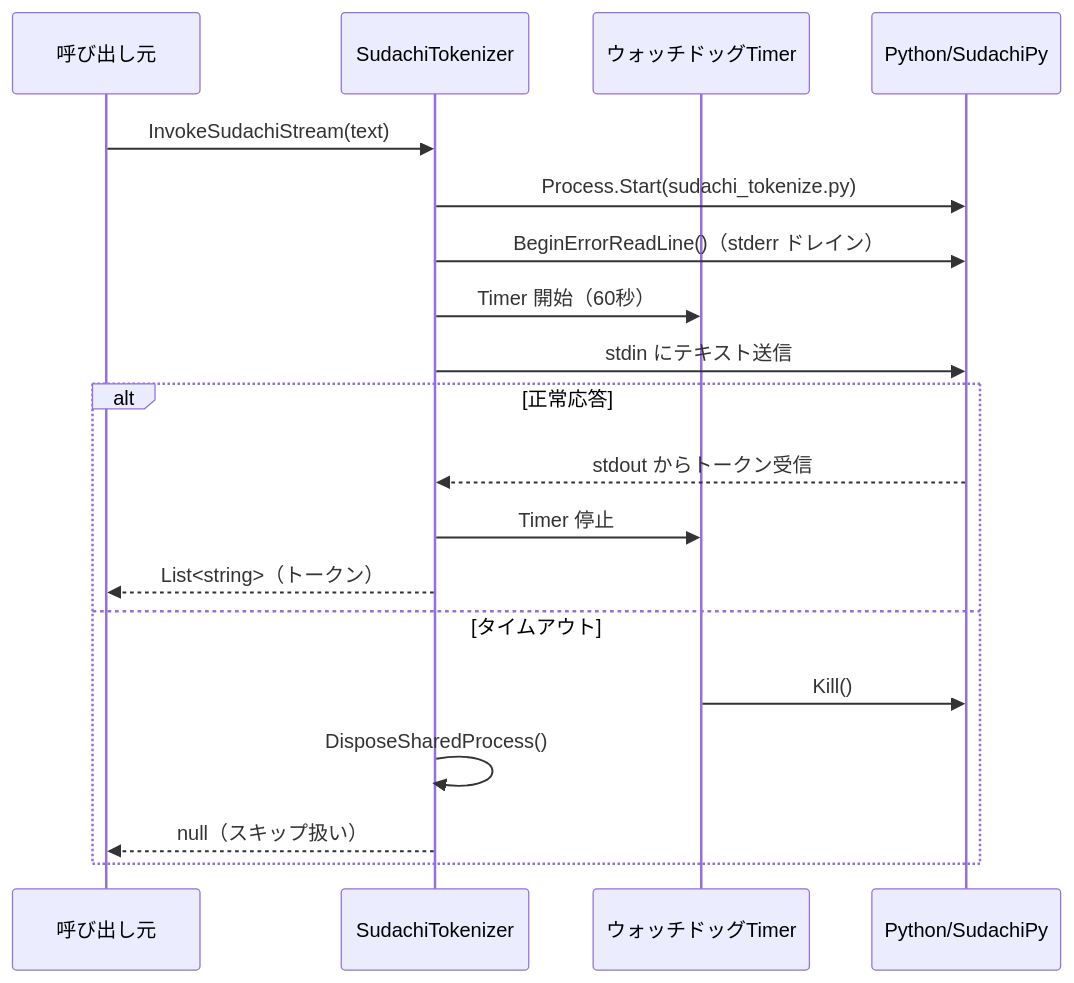
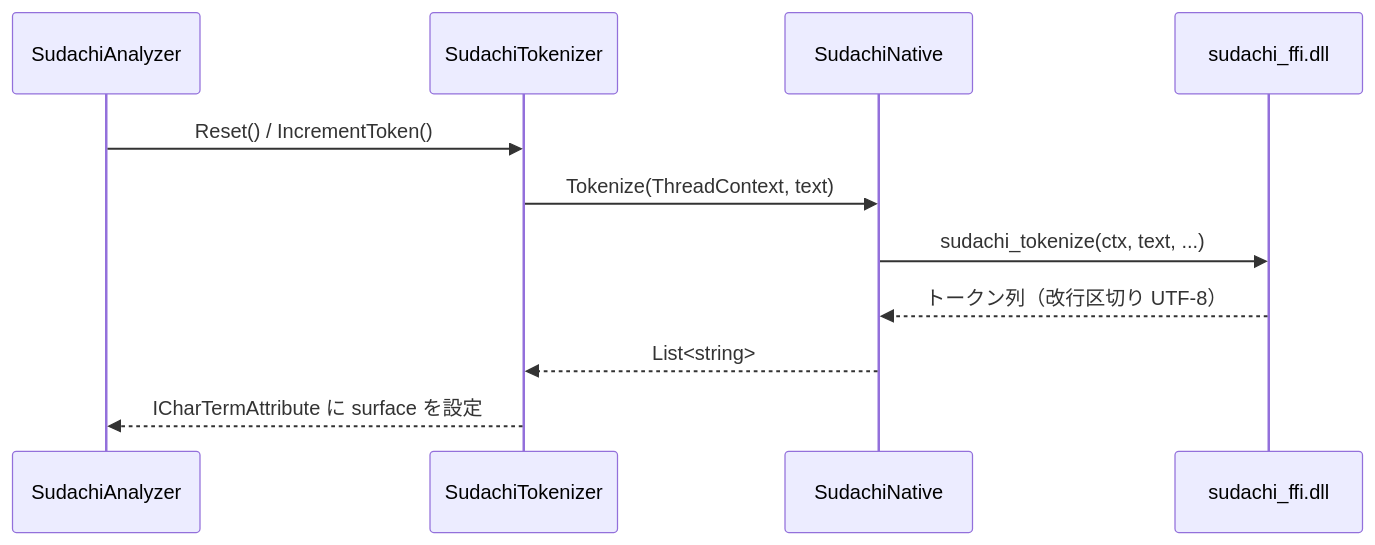
Before and after one commit to zndmonya-dot/FileSearchApp-: diagram 12 of 15 in docs/UML図.md, drawn with Mermaid. The commit also changed other lines of this file and 82 other files, not shown here.

````diff
--- a/docs/UML図.md
+++ b/docs/UML図.md
@@ -625,23 +620,14 @@
 ```mermaid
 sequenceDiagram
-    participant Caller as 呼び出し元
+    participant Analyzer as SudachiAnalyzer
     participant Tokenizer as SudachiTokenizer
-    participant Watchdog as ウォッチドッグTimer
-    participant Python as Python/SudachiPy
+    participant Native as SudachiNative
+    participant Dll as sudachi_ffi.dll
 
-    Caller->>Tokenizer: InvokeSudachiStream(text)
-    Tokenizer->>Python: Process.Start(sudachi_tokenize.py)
-    Tokenizer->>Python: BeginErrorReadLine()（stderr ドレイン）
-    Tokenizer->>Watchdog: Timer 開始（60秒）
-    Tokenizer->>Python: stdin にテキスト送信
-
-    alt 正常応答
-        Python-->>Tokenizer: stdout からトークン受信
-        Tokenizer->>Watchdog: Timer 停止
-        Tokenizer-->>Caller: List<string>（トークン）
-    else タイムアウト
-        Watchdog->>Python: Kill()
-        Tokenizer->>Tokenizer: DisposeSharedProcess()
-        Tokenizer-->>Caller: null（スキップ扱い）
-    end
+    Analyzer->>Tokenizer: Reset() / IncrementToken()
+    Tokenizer->>Native: Tokenize(ThreadContext, text)
+    Native->>Dll: sudachi_tokenize(ctx, text, ...)
+    Dll-->>Native: トークン列（改行区切り UTF-8）
+    Native-->>Tokenizer: List<string>
+    Tokenizer-->>Analyzer: ICharTermAttribute に surface を設定
 ```
````
